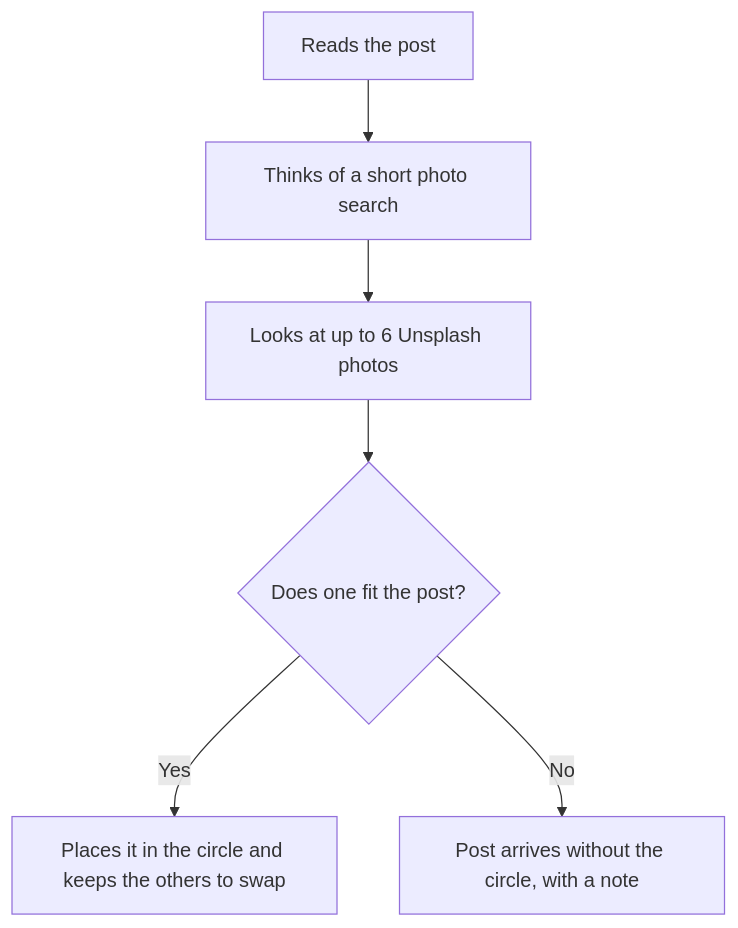
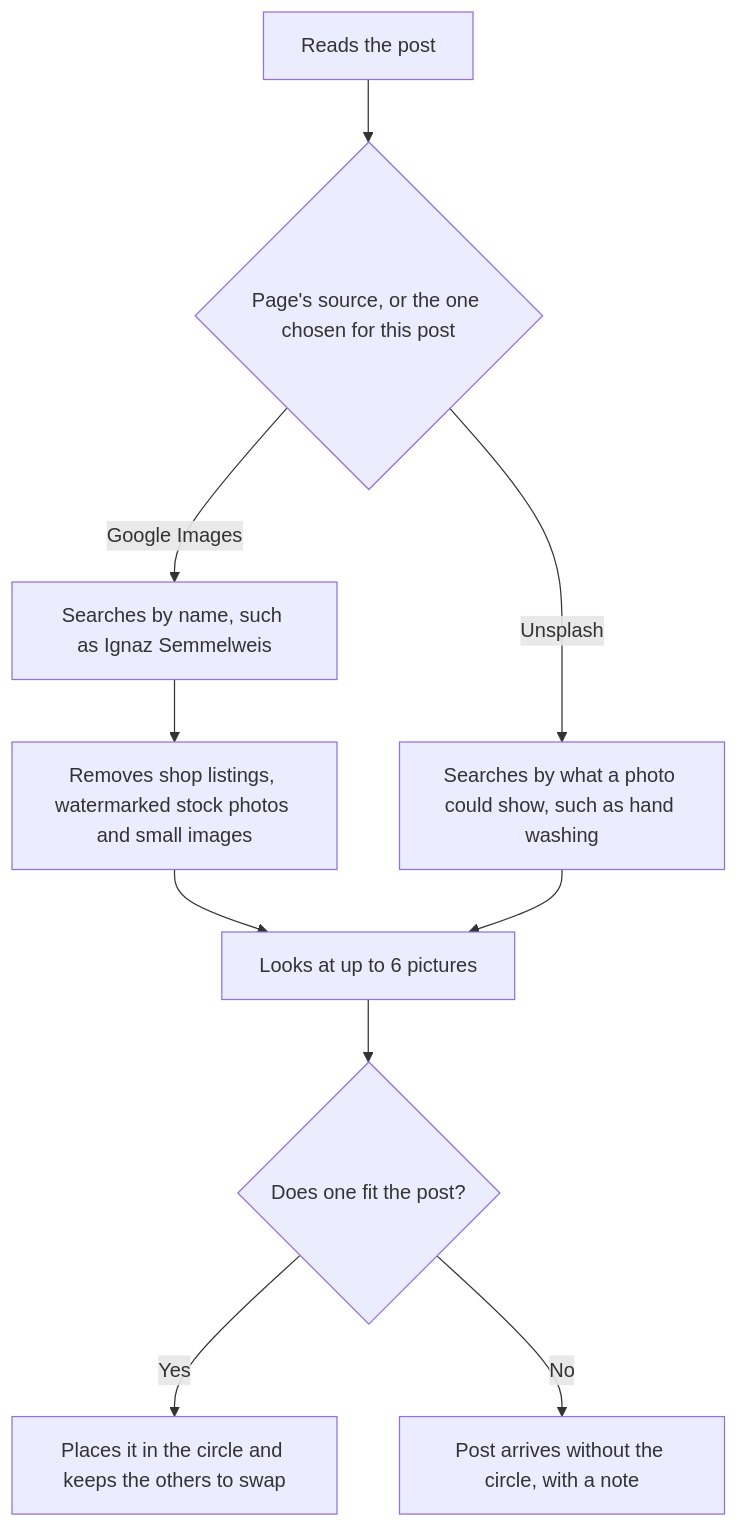
One commit to nauqh/fb-agent changed the diagram in web/content/PRDs/inset-finder.md. Above: the diagram before and after it, drawn with Mermaid. The commit also changed other lines of this file, not shown here.

````diff
--- a/web/content/PRDs/inset-finder.md
+++ b/web/content/PRDs/inset-finder.md
@@ -40,8 +57,12 @@
 ```mermaid
 flowchart TD
-  A["Reads the post"] --> B["Thinks of a short photo search"]
-  B --> C["Looks at up to 6 Unsplash photos"]
-  C --> D{"Does one fit the post?"}
-  D -->|Yes| E["Places it in the circle and keeps the others to swap"]
-  D -->|No| F["Post arrives without the circle, with a note"]
+  A["Reads the post"] --> B{"Page's source, or the one chosen for this post"}
+  B -->|Google Images| C["Searches by name, such as Ignaz Semmelweis"]
+  B -->|Unsplash| D["Searches by what a photo could show, such as hand washing"]
+  C --> E["Removes shop listings, watermarked stock photos and small images"]
+  E --> F["Looks at up to 6 pictures"]
+  D --> F
+  F --> G{"Does one fit the post?"}
+  G -->|Yes| H["Places it in the circle and keeps the others to swap"]
+  G -->|No| I["Post arrives without the circle, with a note"]
 ```
````
